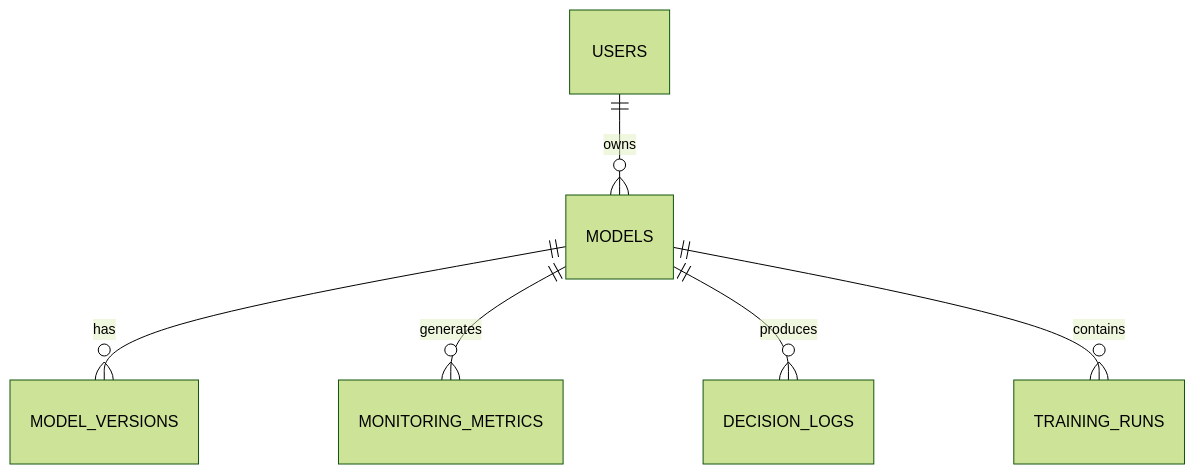
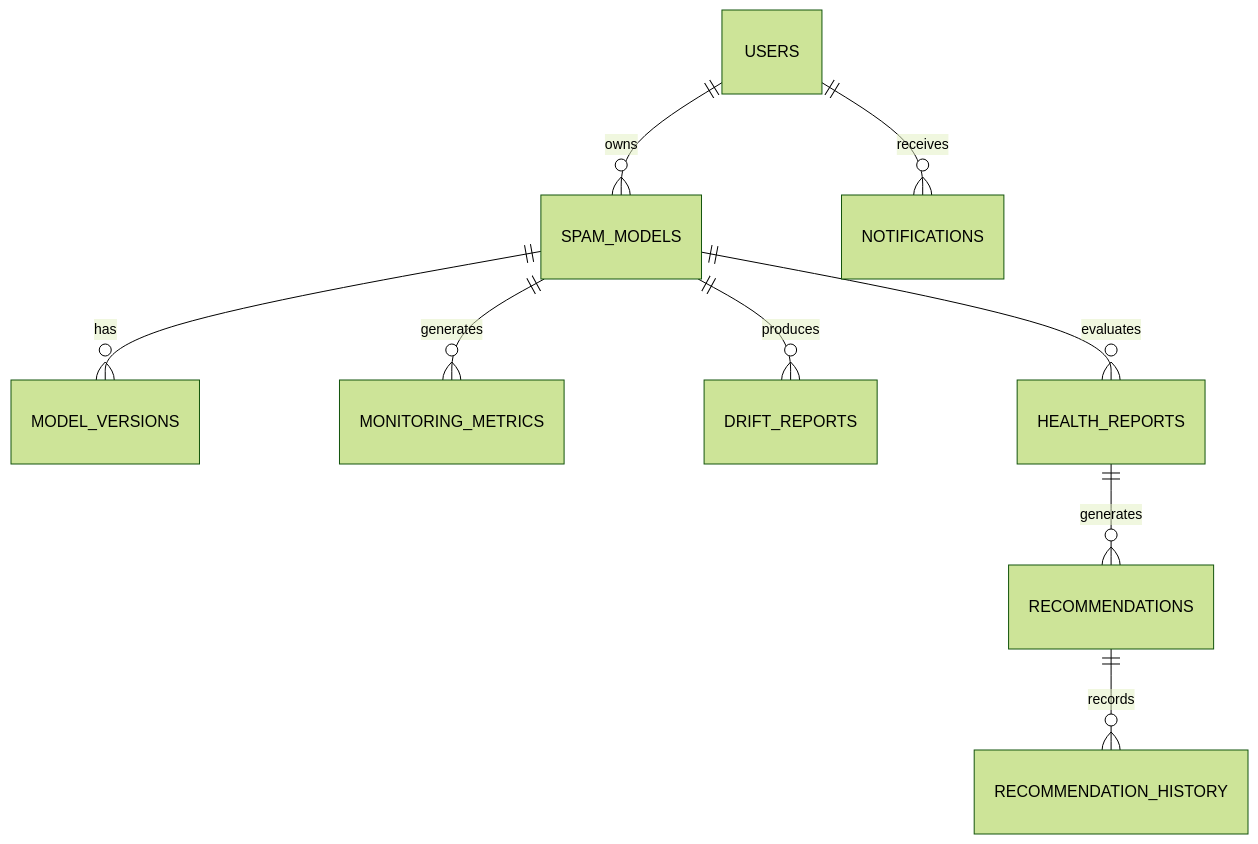
One commit to shailendrasinghrathore369/PhoenixML changed the second of 3 diagrams in docs/06-database-design.md. Above: the diagram before and after it, drawn with Mermaid (forest theme). The commit also changed other lines of this file and 6 other files, not shown here.

````diff
--- a/docs/06-database-design.md
+++ b/docs/06-database-design.md
@@ -33,13 +371,19 @@
 ```mermaid
 erDiagram
 
-USERS ||--o{ MODELS : owns
+USERS ||--o{ SPAM_MODELS : owns
 
-MODELS ||--o{ MODEL_VERSIONS : has
+USERS ||--o{ NOTIFICATIONS : receives
 
-MODELS ||--o{ MONITORING_METRICS : generates
+SPAM_MODELS ||--o{ MODEL_VERSIONS : has
 
-MODELS ||--o{ DECISION_LOGS : produces
+SPAM_MODELS ||--o{ MONITORING_METRICS : generates
 
-MODELS ||--o{ TRAINING_RUNS : contains
+SPAM_MODELS ||--o{ DRIFT_REPORTS : produces
+
+SPAM_MODELS ||--o{ HEALTH_REPORTS : evaluates
+
+HEALTH_REPORTS ||--o{ RECOMMENDATIONS : generates
+
+RECOMMENDATIONS ||--o{ RECOMMENDATION_HISTORY : records
 ```
````
